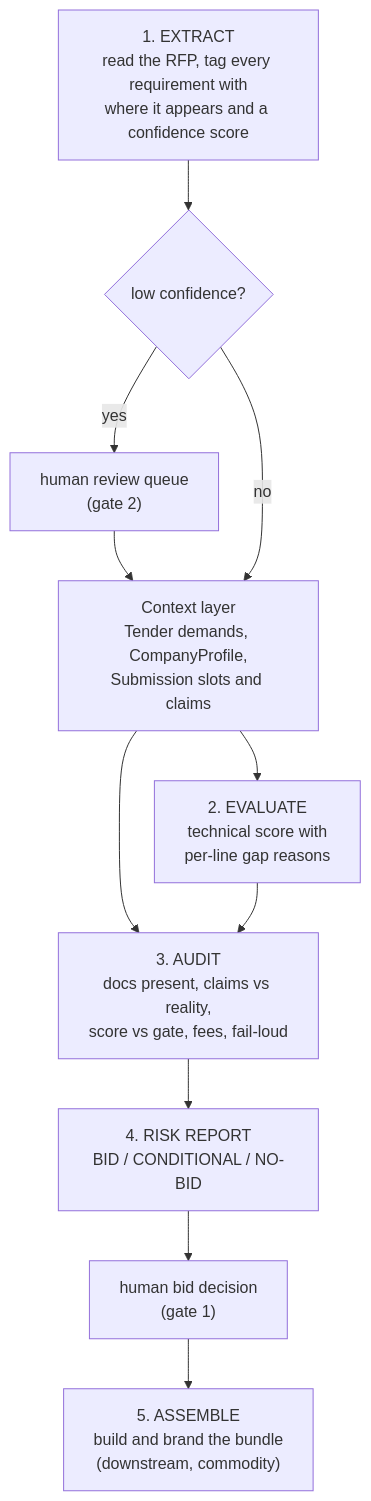
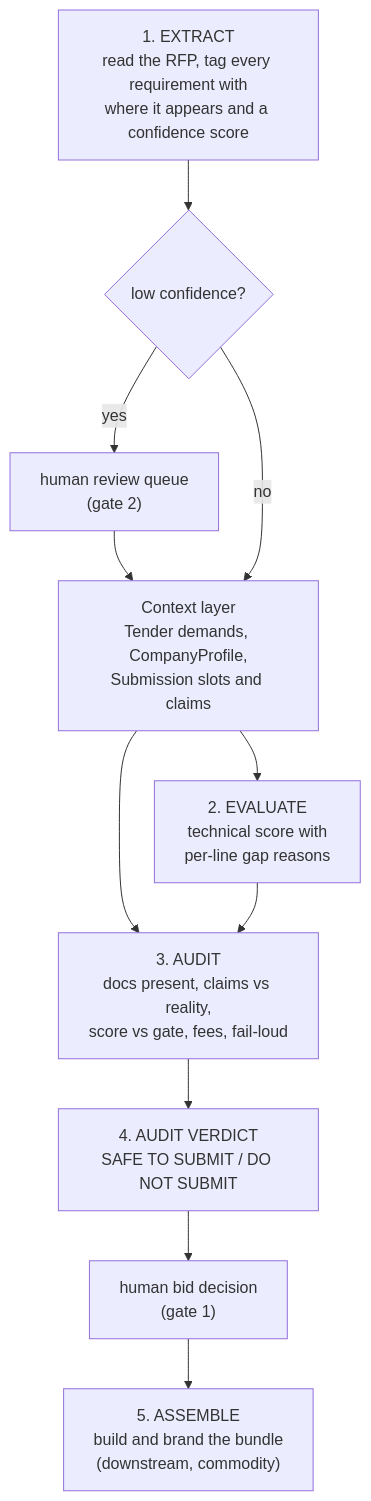
One commit to ajal2/tender-copilot changed the diagram in docs/architecture.md. Above: the diagram before and after it, drawn with Mermaid. The commit also changed other lines of this file and 10 other files, not shown here.

First line of the commit message:
Reframe the output around one question: is this bid safe to submit?

````diff
--- a/docs/architecture.md
+++ b/docs/architecture.md
@@ -5,13 +5,13 @@
 ```mermaid
 flowchart TB
     A["1. EXTRACT<br>read the RFP, tag every requirement with<br>where it appears and a confidence score"] --> G2{"low confidence?"}
     G2 -- yes --> H2["human review queue<br>(gate 2)"]
     H2 --> B
     G2 -- no --> B["Context layer<br>Tender demands, CompanyProfile,<br>Submission slots and claims"]
     B --> C["2. EVALUATE<br>technical score with<br>per-line gap reasons"]
     B --> D["3. AUDIT<br>docs present, claims vs reality,<br>score vs gate, fees, fail-loud"]
     C --> D
-    D --> E["4. RISK REPORT<br>BID / CONDITIONAL / NO-BID"]
+    D --> E["4. AUDIT VERDICT<br>SAFE TO SUBMIT / DO NOT SUBMIT"]
     E --> H1["human bid decision<br>(gate 1)"]
     H1 --> F["5. ASSEMBLE<br>build and brand the bundle<br>(downstream, commodity)"]
 ```
````
